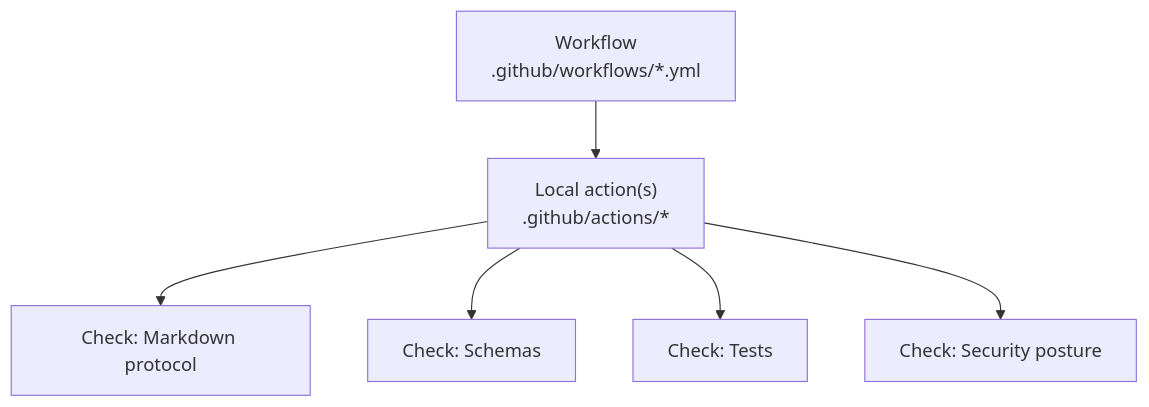
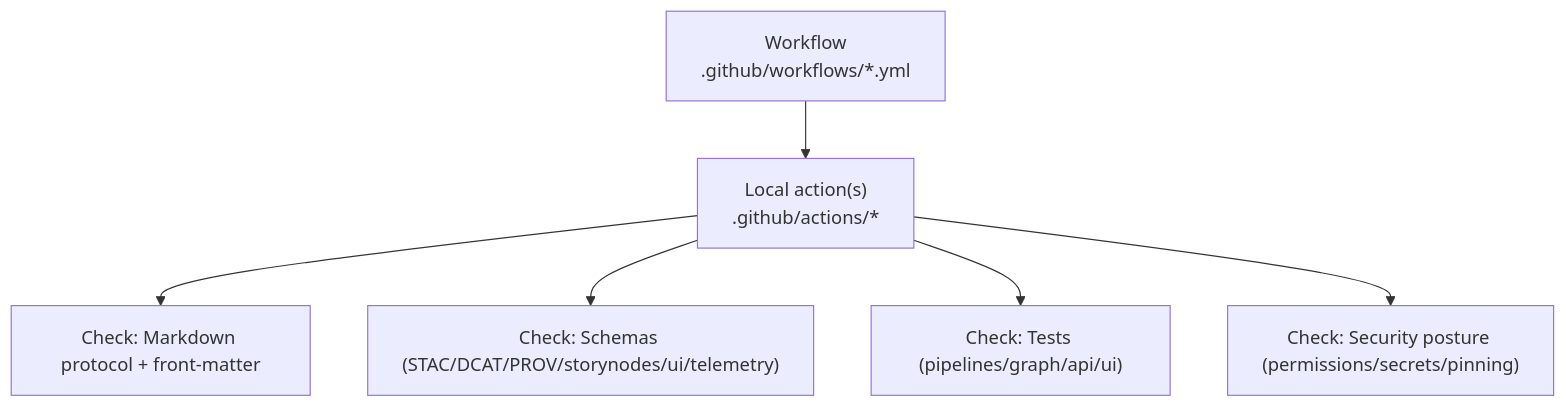
One commit to bartytime4life/Kansas-Frontier-Matrix changed the second of 2 diagrams in .github/README.md. Above: the diagram before and after it, drawn with Mermaid. The commit also changed other lines of this file, not shown here.

```diff
--- a/.github/README.md
+++ b/.github/README.md
@@ -281,8 +317,8 @@
 ~~~mermaid
 flowchart TD
   WF["Workflow\n.github/workflows/*.yml"] --> A["Local action(s)\n.github/actions/*"]
-  A --> C1["Check: Markdown protocol"]
-  A --> C2["Check: Schemas"]
-  A --> C3["Check: Tests"]
-  A --> C4["Check: Security posture"]
+  A --> C1["Check: Markdown protocol + front-matter"]
+  A --> C2["Check: Schemas (STAC/DCAT/PROV/storynodes/ui/telemetry)"]
+  A --> C3["Check: Tests (pipelines/graph/api/ui)"]
+  A --> C4["Check: Security posture (permissions/secrets/pinning)"]
 ~~~
```
